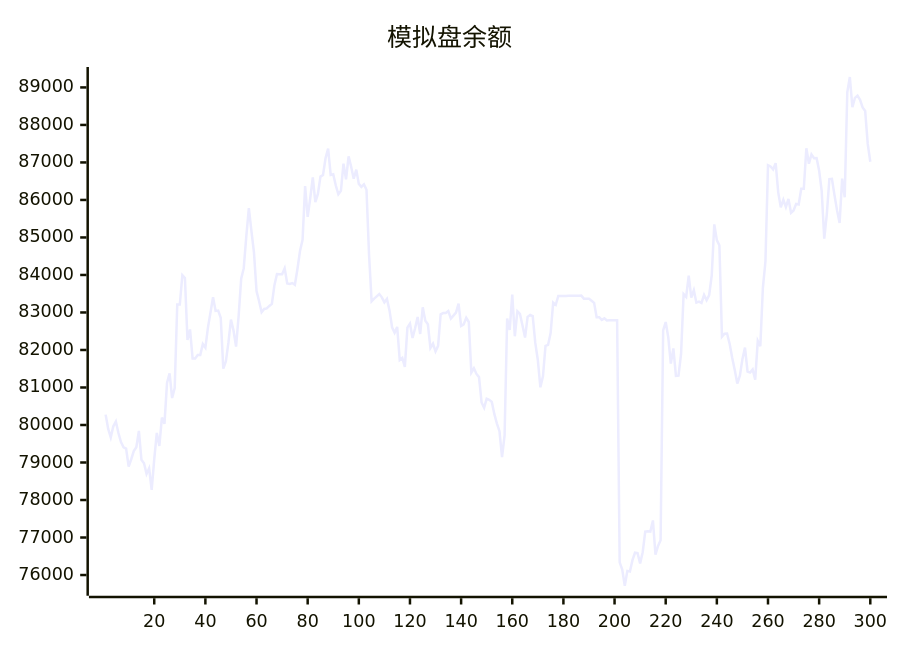
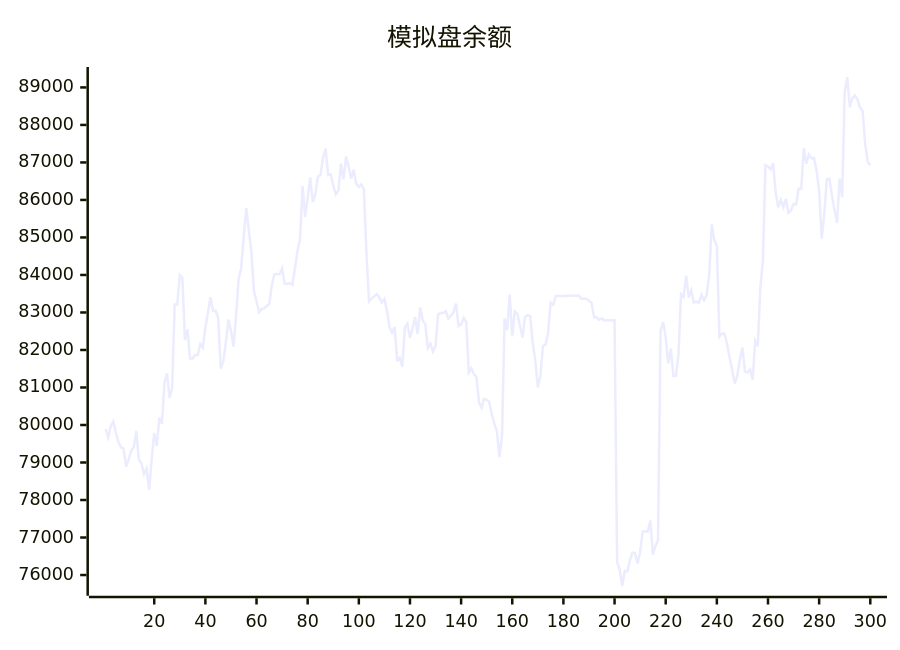
The diagram in README.md (aahl/ai-trading), drawn with Mermaid before and after one commit. The commit also changed other lines of this file and 1 other file, not shown here.

````diff
--- a/README.md
+++ b/README.md
@@ -5,5 +5,5 @@
 ```mermaid
 xychart
     title "模拟盘余额"
-    line [80277,79894,79670,79965,80093,79786,79542,79406,79371,78893,79087,79304,79406,79841,79072,78978,78696,78846,78272,79085,79787,79442,80198,80031,81120,81379,80718,80985,83214,83212,83993,83921,82270,82547,81776,81776,81866,81866,82158,82061,82596,83000,83408,83041,83050,82858,81503,81691,82188,82812,82517,82092,82901,83898,84180,85030,85781,85178,84604,83569,83298,83008,83093,83107,83175,83228,83729,84025,84017,84019,84177,83775,83762,83785,83738,84160,84639,84939,86370,85548,86046,86599,85942,86161,86622,86664,87115,87369,86666,86685,86384,86152,86243,86969,86548,87164,86885,86566,86809,86427,86348,86417,86273,84538,83299,83369,83430,83490,83404,83270,83362,83056,82605,82459,82614,81734,81788,81551,82598,82702,82320,82580,82878,82426,83139,82778,82686,82056,82166,81963,82110,82951,82983,82984,83038,82838,82915,82998,83235,82642,82682,82858,82746,81396,81512,81362,81277,80600,80461,80699,80673,80616,80288,80038,79836,79142,79722,82837,82533,83480,82366,83032,82960,82654,82330,82883,82934,82901,82188,81728,81005,81298,82110,82135,82449,83264,83203,83440,83439,83440,83440,83446,83447,83448,83447,83448,83449,83369,83369,83369,83313,83256,82872,82873,82801,82844,82785,82791,82791,82793,82794,76339,76145,75714,76110,76096,76397,76594,76585,76310,76607,77160,77170,77160,77456,76541,76774,76927,82520,82744,82337,81639,82040,81307,81314,81887,83490,83414,83984,83396,83594,83261,83287,83253,83470,83327,83465,83987,85348,84930,84786,82355,82433,82438,82167,81795,81466,81105,81315,81756,82064,81426,81398,81481,81210,82242,82099,83658,84359,86925,86892,86814,86980,86203,85802,86003,85811,86028,85657,85721,85896,85880,86300,86299,87378,86965,87214,87115,87118,86780,86238,84966,85623,86555,86562,86129,85722,85387,86569,86070,88870,89278,88477,88720,88781,88668,88467,88372,87493,87018]
+    line [79894,79670,79965,80093,79786,79542,79406,79371,78893,79087,79304,79406,79841,79072,78978,78696,78846,78272,79085,79787,79442,80198,80031,81120,81379,80718,80985,83214,83212,83993,83921,82270,82547,81776,81776,81866,81866,82158,82061,82596,83000,83408,83041,83050,82858,81503,81691,82188,82812,82517,82092,82901,83898,84180,85030,85781,85178,84604,83569,83298,83008,83093,83107,83175,83228,83729,84025,84017,84019,84177,83775,83762,83785,83738,84160,84639,84939,86370,85548,86046,86599,85942,86161,86622,86664,87115,87369,86666,86685,86384,86152,86243,86969,86548,87164,86885,86566,86809,86427,86348,86417,86273,84538,83299,83369,83430,83490,83404,83270,83362,83056,82605,82459,82614,81734,81788,81551,82598,82702,82320,82580,82878,82426,83139,82778,82686,82056,82166,81963,82110,82951,82983,82984,83038,82838,82915,82998,83235,82642,82682,82858,82746,81396,81512,81362,81277,80600,80461,80699,80673,80616,80288,80038,79836,79142,79722,82837,82533,83480,82366,83032,82960,82654,82330,82883,82934,82901,82188,81728,81005,81298,82110,82135,82449,83264,83203,83440,83439,83440,83440,83446,83447,83448,83447,83448,83449,83369,83369,83369,83313,83256,82872,82873,82801,82844,82785,82791,82791,82793,82794,76339,76145,75714,76110,76096,76397,76594,76585,76310,76607,77160,77170,77160,77456,76541,76774,76927,82520,82744,82337,81639,82040,81307,81314,81887,83490,83414,83984,83396,83594,83261,83287,83253,83470,83327,83465,83987,85348,84930,84786,82355,82433,82438,82167,81795,81466,81105,81315,81756,82064,81426,81398,81481,81210,82242,82099,83658,84359,86925,86892,86814,86980,86203,85802,86003,85811,86028,85657,85721,85896,85880,86300,86299,87378,86965,87214,87115,87118,86780,86238,84966,85623,86555,86562,86129,85722,85387,86569,86070,88870,89278,88477,88720,88781,88668,88467,88372,87493,87018,86917]
 ```
````
